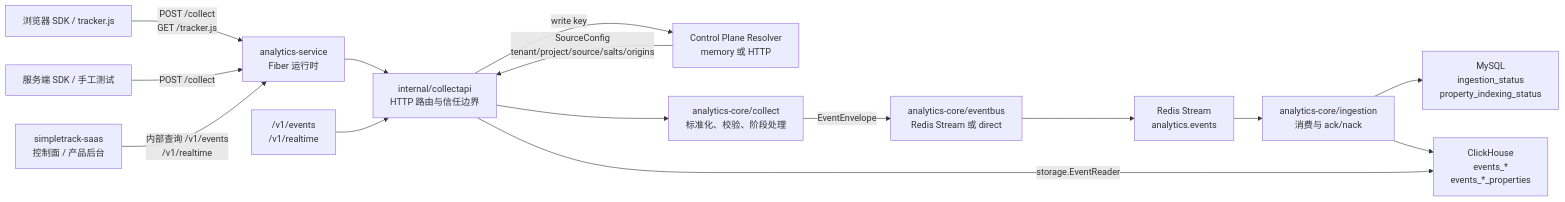
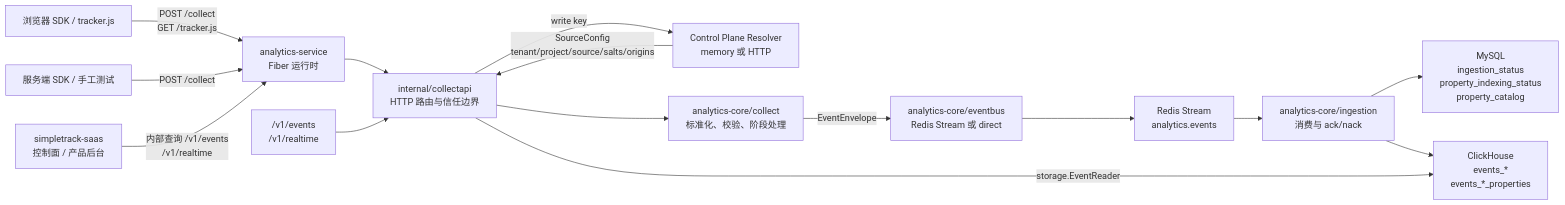
One commit to RoggerZ/uba changed the diagram in docs/analytics-source-reading/README.md. Above: the diagram before and after it, drawn with Mermaid. The commit also changed other lines of this file and 5 other files, not shown here.

First line of the commit message:
Track property catalog rollout progress

````diff
--- a/docs/analytics-source-reading/README.md
+++ b/docs/analytics-source-reading/README.md
@@ -37,31 +37,31 @@
 ```mermaid
 flowchart LR
     Browser["浏览器 SDK / tracker.js"]
     ServerSDK["服务端 SDK / 手工测试"]
     SaaS["simpletrack-saas<br/>控制面 / 产品后台"]
     CP["Control Plane Resolver<br/>memory 或 HTTP"]
     Service["analytics-service<br/>Fiber 运行时"]
     CollectAPI["internal/collectapi<br/>HTTP 路由与信任边界"]
     CoreCollect["analytics-core/collect<br/>标准化、校验、阶段处理"]
     EventBus["analytics-core/eventbus<br/>Redis Stream 或 direct"]
     Redis["Redis Stream<br/>analytics.events"]
     Ingestion["analytics-core/ingestion<br/>消费与 ack/nack"]
-    MySQL["MySQL<br/>ingestion_status<br/>property_indexing_status"]
+    MySQL["MySQL<br/>ingestion_status<br/>property_indexing_status<br/>property_catalog"]
     ClickHouse["ClickHouse<br/>events_*<br/>events_*_properties"]
     QueryAPI["/v1/events<br/>/v1/realtime"]
 
     Browser -->|"POST /collect<br/>GET /tracker.js"| Service
     ServerSDK -->|"POST /collect"| Service
     SaaS -->|"内部查询 /v1/events<br/>/v1/realtime"| Service
     Service --> CollectAPI
     CollectAPI -->|"write key"| CP
     CP -->|"SourceConfig<br/>tenant/project/source/salts/origins"| CollectAPI
     CollectAPI --> CoreCollect
     CoreCollect -->|"EventEnvelope"| EventBus
     EventBus --> Redis
     Redis --> Ingestion
     Ingestion --> MySQL
     Ingestion --> ClickHouse
     QueryAPI --> CollectAPI
     CollectAPI -->|"storage.EventReader"| ClickHouse
 ```
````
